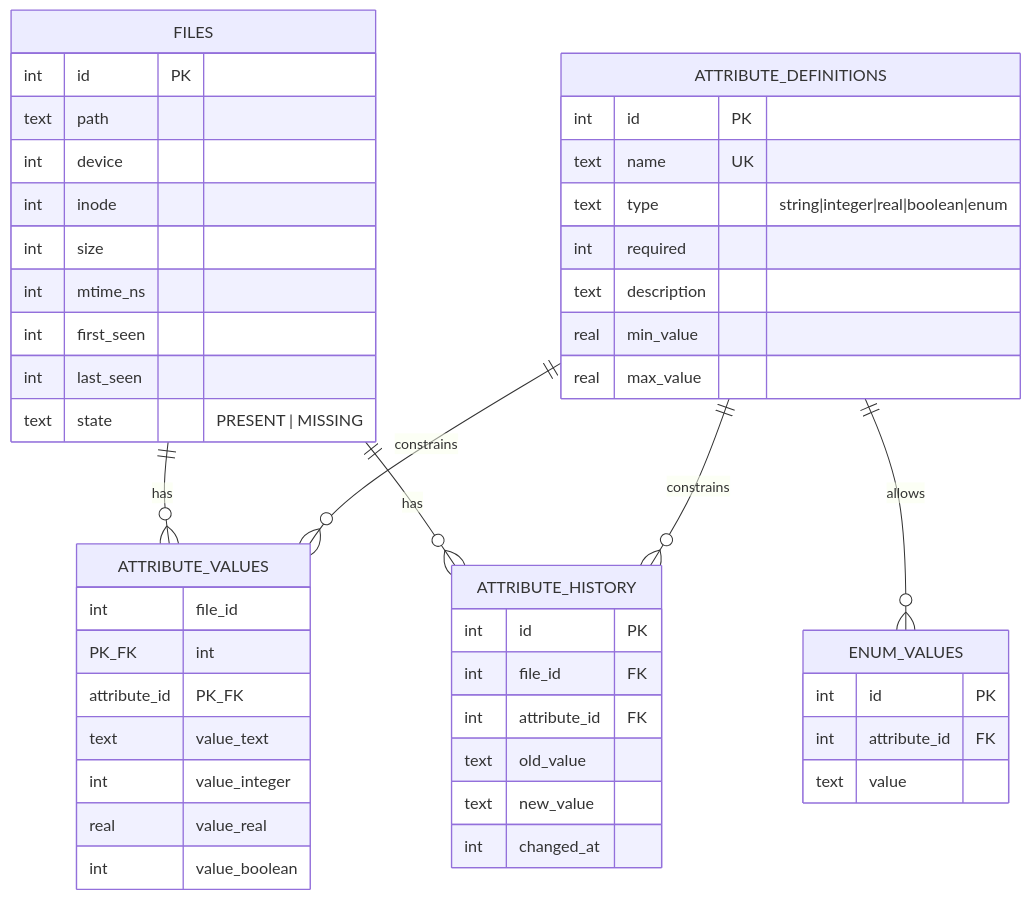
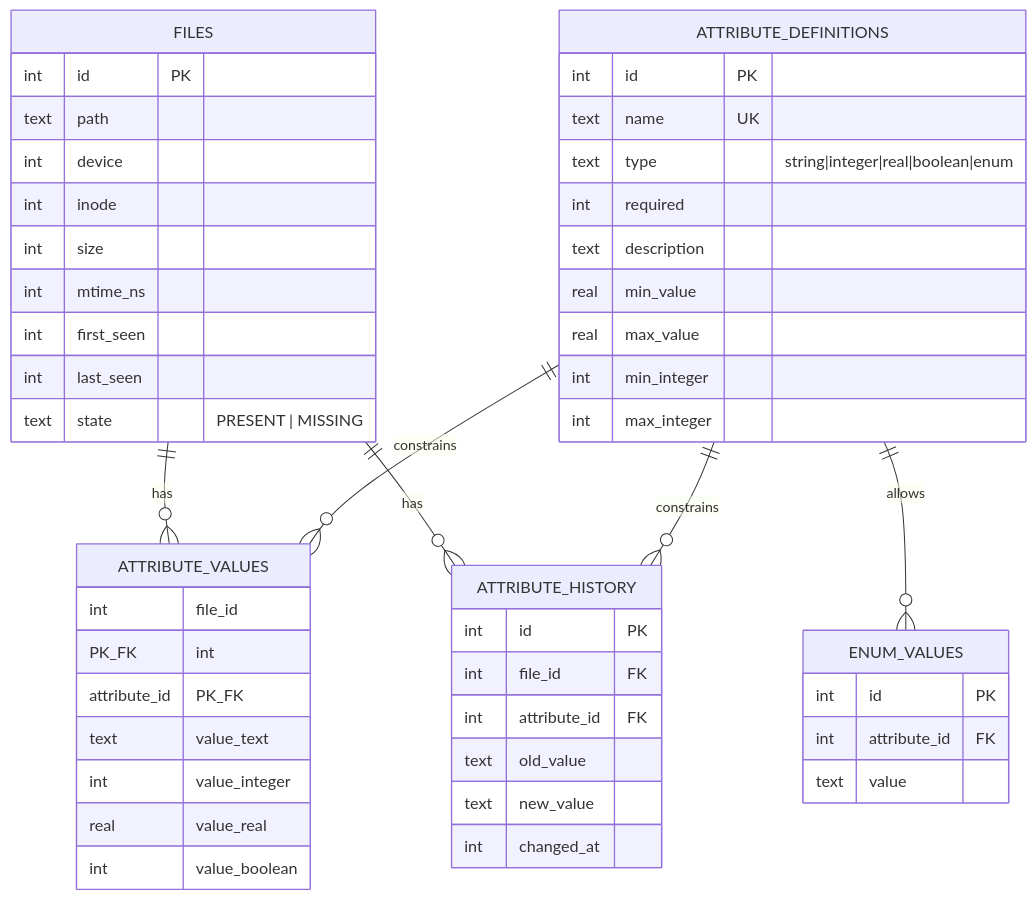
One commit to axler8r/facet changed the second of 4 diagrams in docs/design.md. Above: the diagram before and after it, drawn with Mermaid. The commit also changed other lines of this file and 11 other files, not shown here.

````diff
--- a/docs/design.md
+++ b/docs/design.md
@@ -71,50 +73,52 @@
 ```mermaid
 erDiagram
     FILES ||--o{ ATTRIBUTE_VALUES : has
     FILES ||--o{ ATTRIBUTE_HISTORY : has
     ATTRIBUTE_DEFINITIONS ||--o{ ATTRIBUTE_VALUES : constrains
     ATTRIBUTE_DEFINITIONS ||--o{ ATTRIBUTE_HISTORY : constrains
     ATTRIBUTE_DEFINITIONS ||--o{ ENUM_VALUES : allows
 
     FILES {
         int id PK
         text path
         int device
         int inode
         int size
         int mtime_ns
         int first_seen
         int last_seen
         text state "PRESENT | MISSING"
     }
     ATTRIBUTE_DEFINITIONS {
         int id PK
         text name UK
         text type "string|integer|real|boolean|enum"
         int required
         text description
         real min_value
         real max_value
+        int min_integer
+        int max_integer
     }
     ENUM_VALUES {
         int id PK
         int attribute_id FK
         text value
     }
     ATTRIBUTE_VALUES {
         int file_id PK_FK
         int attribute_id PK_FK
         text value_text
         int value_integer
         real value_real
         int value_boolean
     }
     ATTRIBUTE_HISTORY {
         int id PK
         int file_id FK
         int attribute_id FK
         text old_value
         text new_value
         int changed_at
     }
 ```
````
